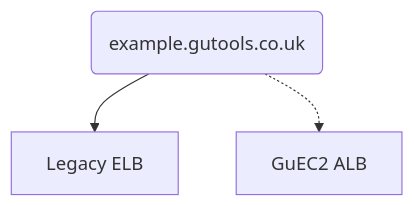
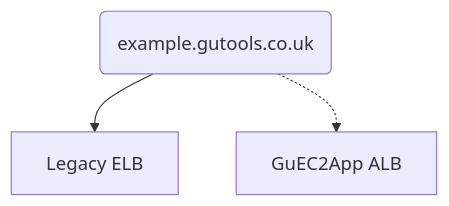
Before and after one commit to guardian/cdk: the first of 4 diagrams in docs/migration-guide-ec2.md, drawn with Mermaid. The commit also changed other lines of this file, not shown here.

````diff
--- a/docs/migration-guide-ec2.md
+++ b/docs/migration-guide-ec2.md
@@ -23,6 +23,6 @@
 ```mermaid
 graph TD
     A(example.gutools.co.uk)
     A --> B[Legacy ELB]
-    A .-> C[GuEC2 ALB]
+    A .-> C[GuEC2App ALB]
 ```
````
